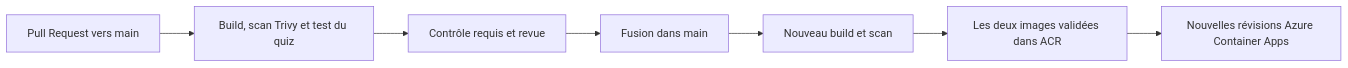
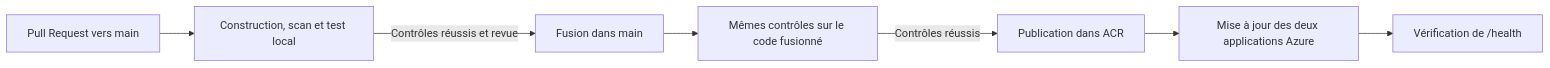
Before and after one commit to LuBoys/eval-quiz-app: the diagram in docs/11-configurer-cicd.md, drawn with Mermaid. The commit also changed other lines of this file and 8 other files, not shown here.

````diff
--- a/docs/11-configurer-cicd.md
+++ b/docs/11-configurer-cicd.md
@@ -7,9 +7,9 @@
 ```mermaid
 flowchart LR
-    PR["Pull Request vers main"] --> CI["Build, scan Trivy et test du quiz"]
-    CI --> Review["Contrôle requis et revue"]
-    Review --> Main["Fusion dans main"]
-    Main --> Gate["Nouveau build et scan"]
-    Gate --> ACR["Les deux images validées dans ACR"]
-    ACR --> Apps["Nouvelles révisions Azure Container Apps"]
+    PR["Pull Request vers main"] --> CI["Construction, scan et test local"]
+    CI -->|"Contrôles réussis et revue"| Main["Fusion dans main"]
+    Main --> Gate["Mêmes contrôles sur le code fusionné"]
+    Gate -->|"Contrôles réussis"| ACR["Publication dans ACR"]
+    ACR --> Apps["Mise à jour des deux applications Azure"]
+    Apps --> Health["Vérification de /health"]
 ```
````
